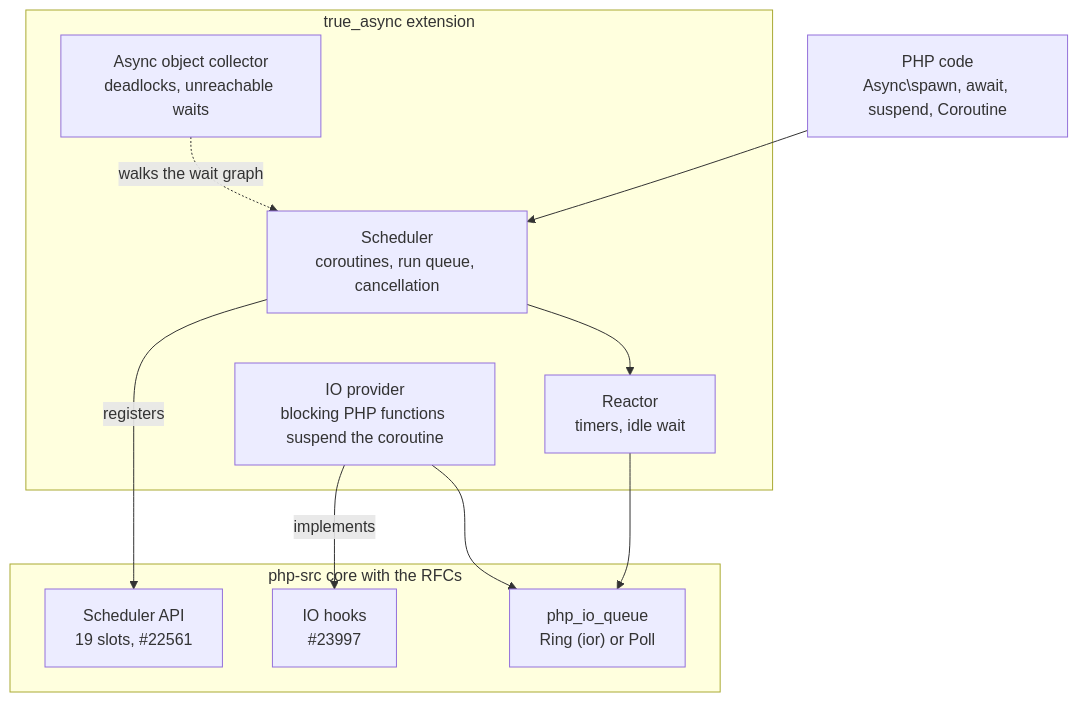
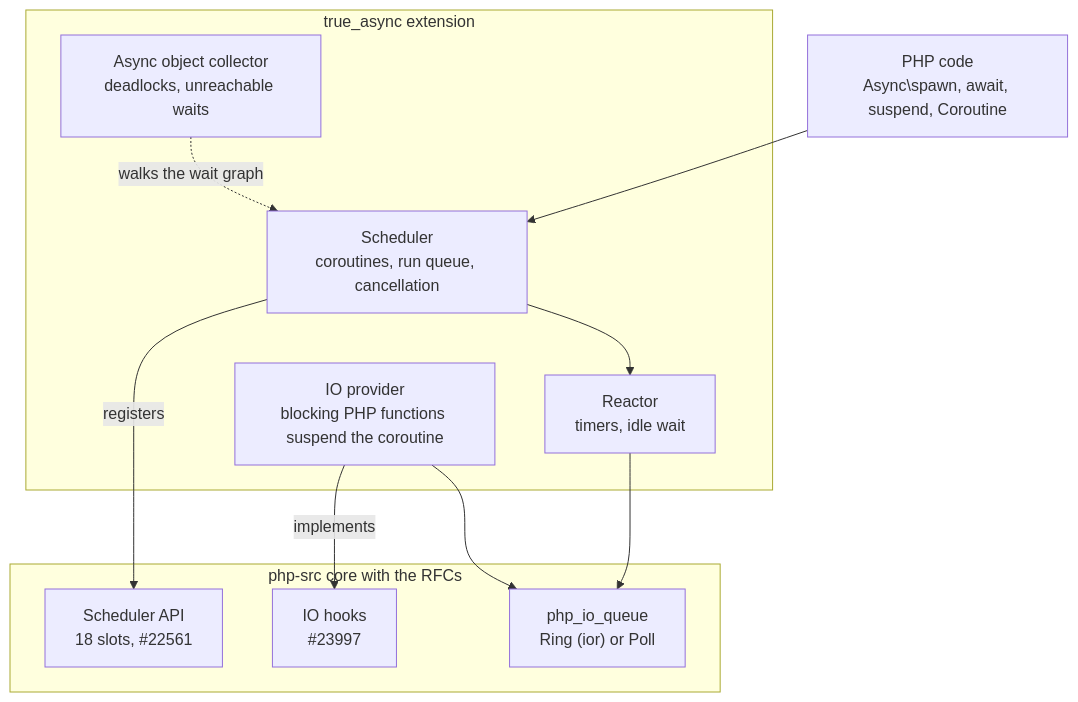
Before and after one commit to true-async/true-async: the diagram in README.md, drawn with Mermaid. The commit also changed other lines of this file and 9 other files, not shown here.

````diff
--- a/README.md
+++ b/README.md
@@ -58,25 +58,25 @@
 ```mermaid
 flowchart TB
     app["PHP code<br/>Async\spawn, await, suspend, Coroutine"]
 
     subgraph ext["true_async extension"]
         sched["Scheduler<br/>coroutines, run queue, cancellation"]
         reactor["Reactor<br/>timers, idle wait"]
         provider["IO provider<br/>blocking PHP functions suspend the coroutine"]
         collector["Async object collector<br/>deadlocks, unreachable waits"]
     end
 
     subgraph core["php-src core with the RFCs"]
-        sapi["Scheduler API<br/>19 slots, #22561"]
+        sapi["Scheduler API<br/>18 slots, #22561"]
         hooks["IO hooks<br/>#23997"]
         queue["php_io_queue<br/>Ring (ior) or Poll"]
     end
 
     app --> sched
     sched -- registers --> sapi
     sched --> reactor
     reactor --> queue
     provider -- implements --> hooks
     provider --> queue
     collector -. walks the wait graph .-> sched
 ```
````
